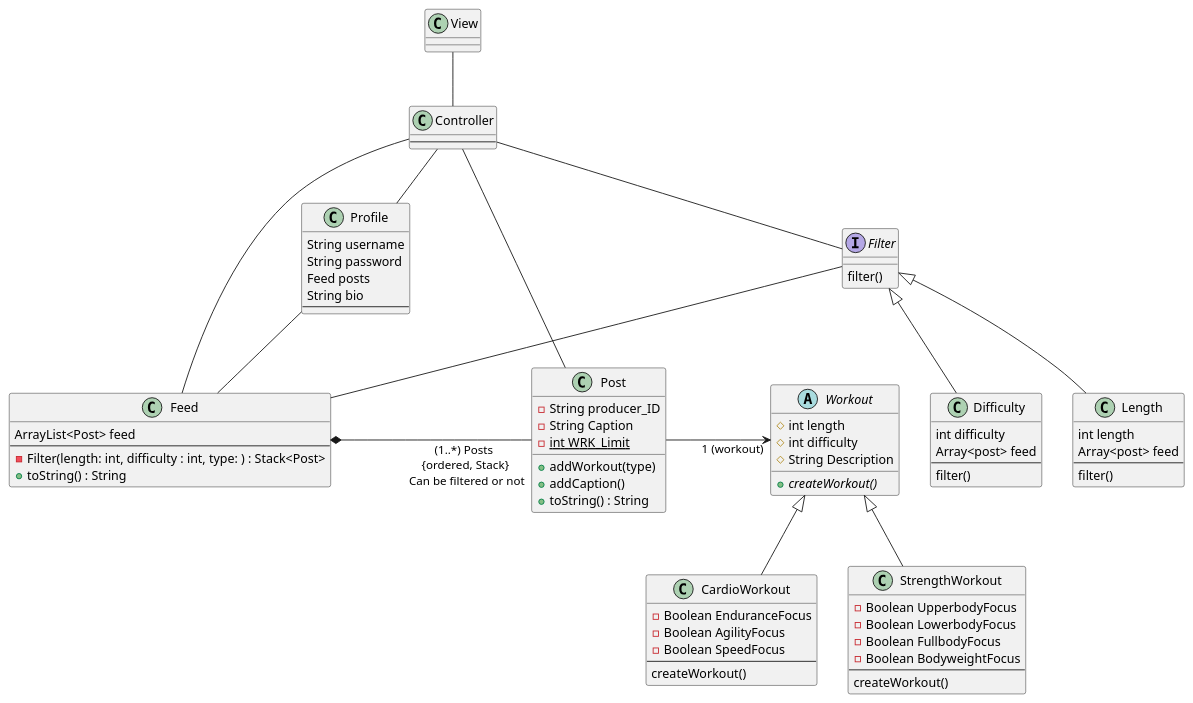
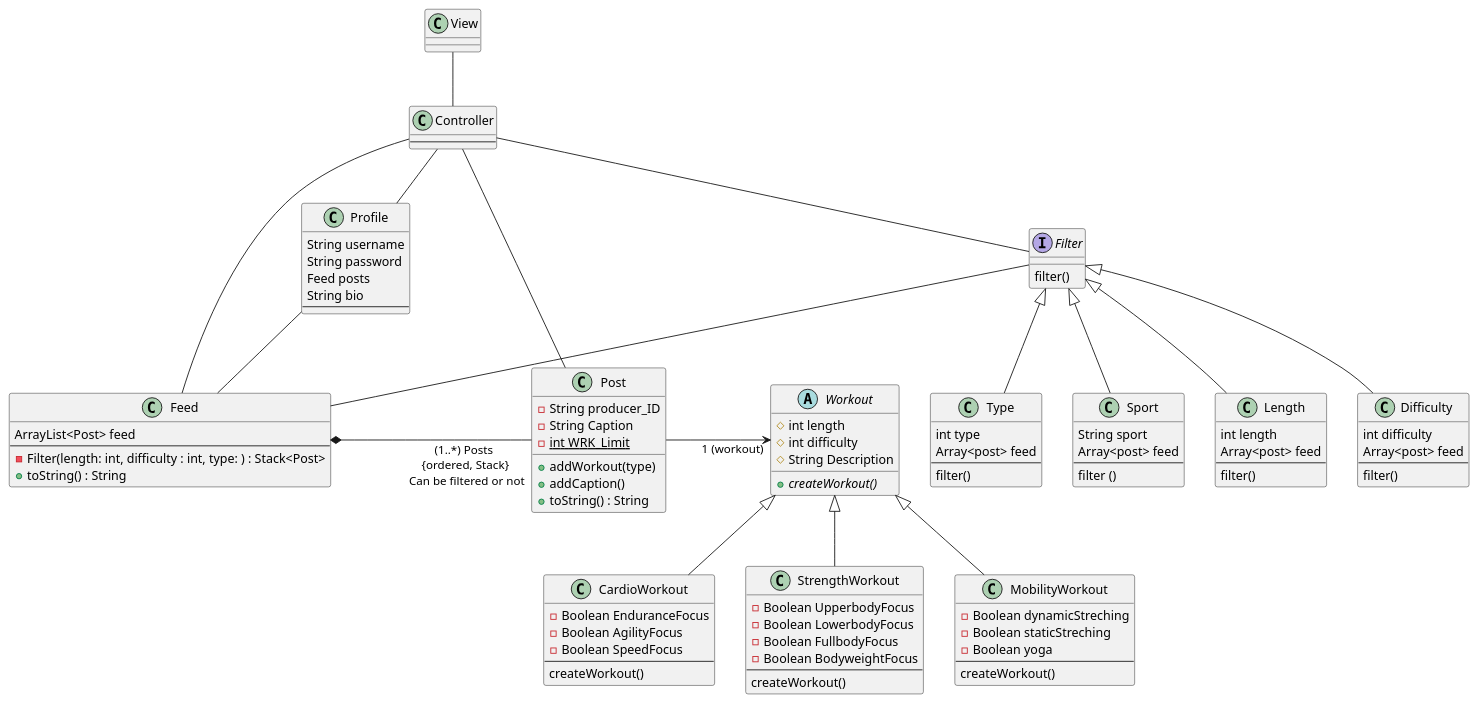
The sixth of 6 diagrams in intellij/doc/design.md (arun-guruswamy/workout-networking), drawn with PlantUML before and after one commit. The commit also changed other lines of this file and 2 other files, not shown here.

Commit message:
final things from me for real

````diff
--- a/intellij/doc/design.md
+++ b/intellij/doc/design.md
@@ -169,6 +174,13 @@
 createWorkout() 
 }
 
+class MobilityWorkout{
+-Boolean dynamicStreching
+-Boolean staticStreching
+-Boolean yoga
+--
+createWorkout()
+}
 class Feed {
 ArrayList<Post> feed
 --
@@ -209,10 +221,25 @@
 filter()
 }
 
+class Type {
+int type
+Array<post> feed
+--
+filter()
+}
+
+class Sport {
+String sport 
+Array<post> feed 
+--
+filter ()
+}
+
 Feed *-"(1..*) Posts \n{ordered, Stack}\n Can be filtered or not" Post : \t\t\t\t\t\t\t
 Post -> "1 (workout)" Workout : \t\t\t
 Workout <|-- CardioWorkout
 Workout <|-- StrengthWorkout
+Workout <|-- MobilityWorkout
 Controller -- Post 
 Controller -- Feed
 Controller -- Profile
@@ -221,6 +248,8 @@
 Filter <|-- Length
 Filter <|-- Difficulty
 Filter -- Feed
+Filter <|-- Type
+Filter <|-- Sport
 Controller -- Filter
 @enduml
 ```
````
